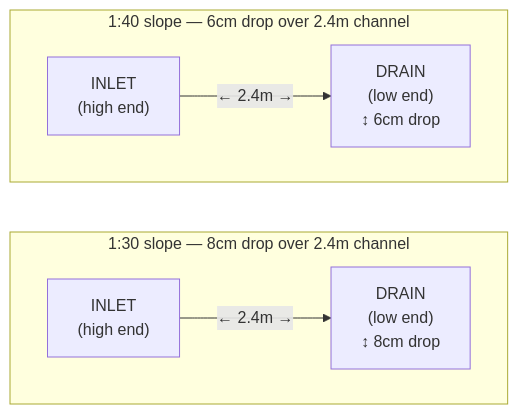
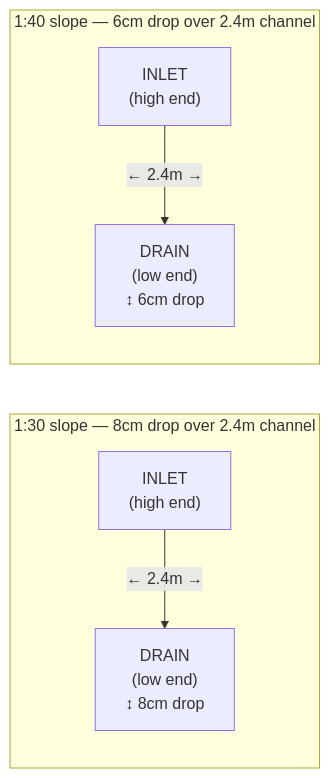
Before and after one commit to UncleJS/guide_hydroponics: the third of 4 diagrams in guide/nft/01-nft-basics.md, drawn with Mermaid. The commit also changed 12 other files, not shown here.

````diff
--- a/guide/nft/01-nft-basics.md
+++ b/guide/nft/01-nft-basics.md
@@ -140,11 +140,9 @@
 ```mermaid
 flowchart LR
     subgraph s1["1:30 slope — 8cm drop over 2.4m channel"]
-        direction LR
         IN1["INLET<br/>(high end)"] -->|"← 2.4m →"| OUT1["DRAIN<br/>(low end)<br/>↕ 8cm drop"]
     end
     subgraph s2["1:40 slope — 6cm drop over 2.4m channel"]
-        direction LR
         IN2["INLET<br/>(high end)"] -->|"← 2.4m →"| OUT2["DRAIN<br/>(low end)<br/>↕ 6cm drop"]
     end
 ```
````
